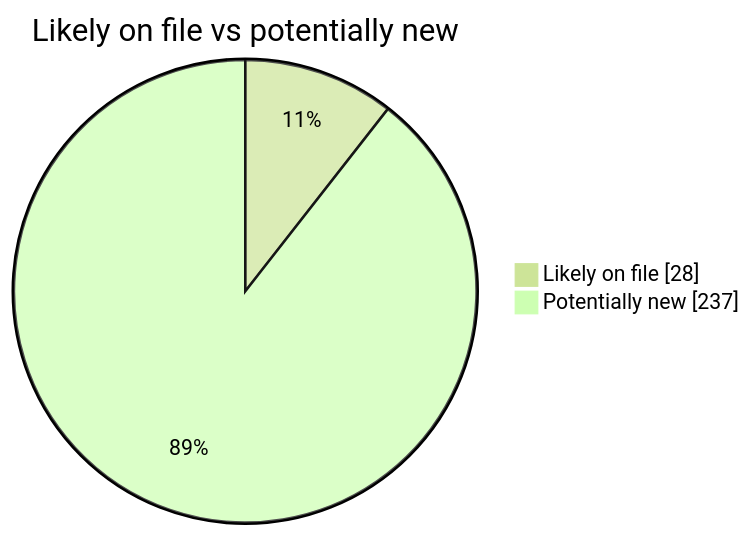
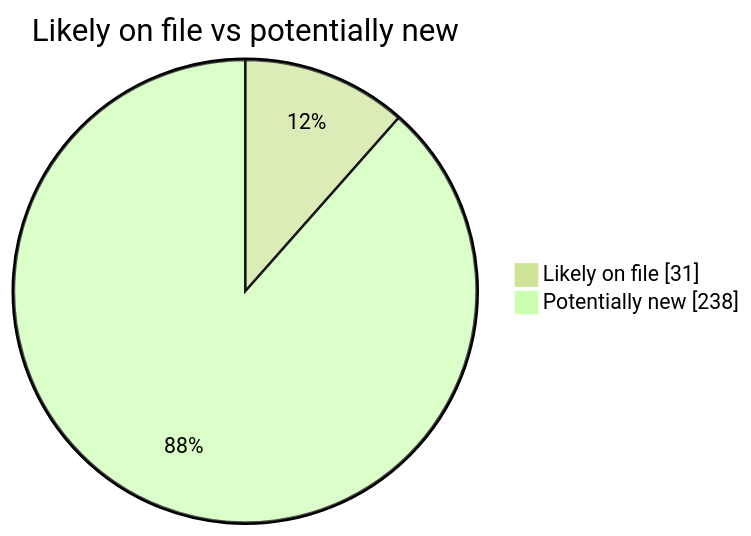
One commit to martinbalfanz/social-scanner-reports changed the second of 4 diagrams in README.md. Above: the diagram before and after it, drawn with Mermaid (forest theme). The commit also changed other lines of this file and 2 other files, not shown here.

````diff
--- a/README.md
+++ b/README.md
@@ -40,5 +40,5 @@
 ```mermaid
 pie showData title Likely on file vs potentially new
-    "Likely on file" : 28
-    "Potentially new" : 237
+    "Likely on file" : 31
+    "Potentially new" : 238
 ```
````
